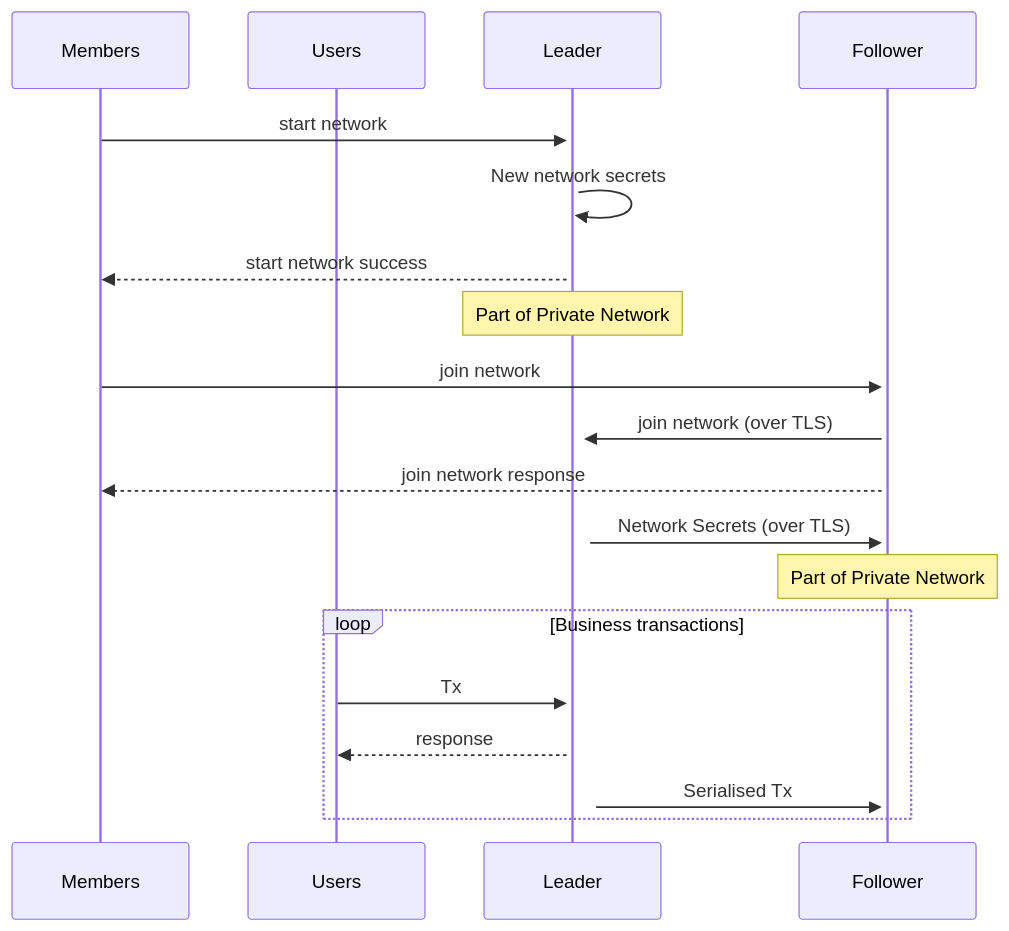
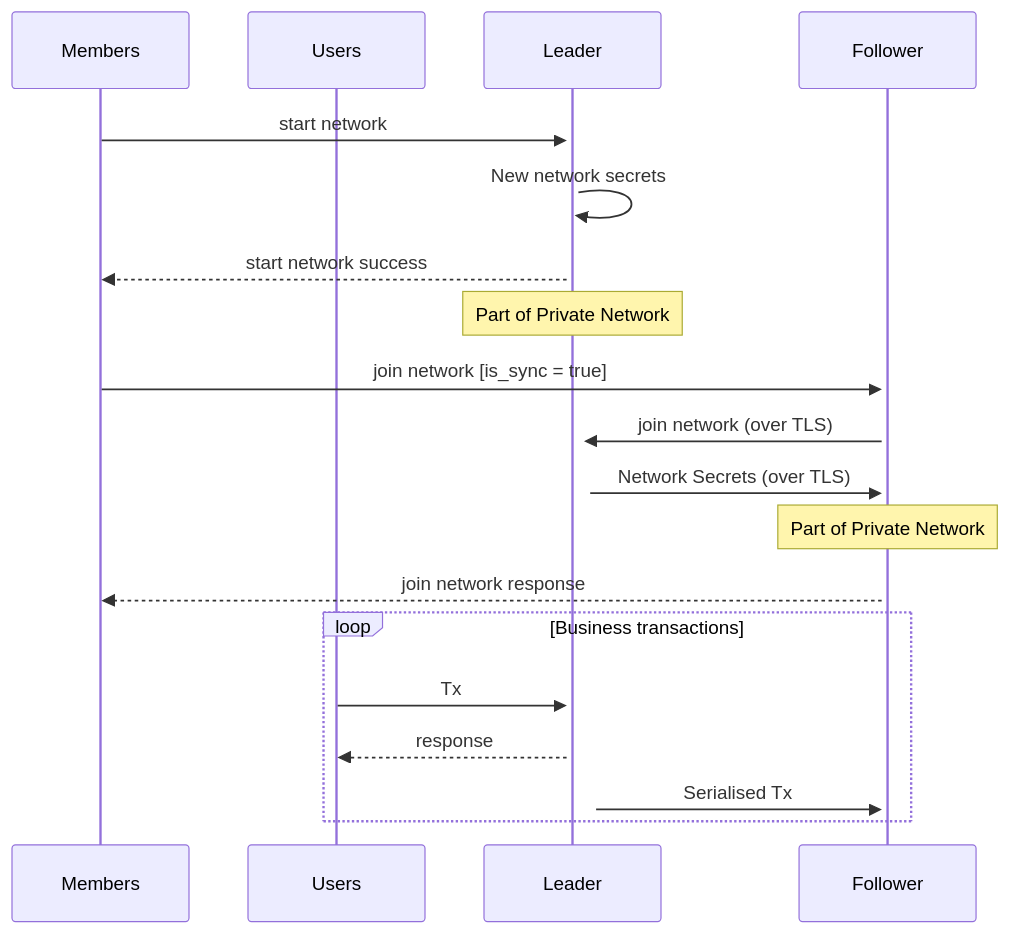
One commit to microsoft/CCF changed the diagram in sphinx/source/start_network.rst. Above: the diagram before and after it, drawn with Mermaid. The commit also changed 8 other files, not shown here.

```diff
--- a/sphinx/source/start_network.rst
+++ b/sphinx/source/start_network.rst
@@ -95,26 +95,27 @@
 .. mermaid::
 
     sequenceDiagram
         participant Members
         participant Users
         participant Leader
         participant Follower
 
         Members->>+Leader: start network
         Leader->>+Leader: New network secrets
         Leader-->>Members: start network success
 
         Note over Leader: Part of Private Network
 
-        Members->>+Follower: join network
+        Members->>+Follower: join network [is_sync = true]
         Follower->>+Leader: join network (over TLS)
-        Follower-->>Members: join network response
         Leader->>+Follower: Network Secrets (over TLS)
 
         Note over Follower: Part of Private Network
+
+        Follower-->>Members: join network response
 
         loop Business transactions
             Users->>+Leader: Tx
             Leader-->>Users: response
             Leader->>+Follower: Serialised Tx
         end
```
